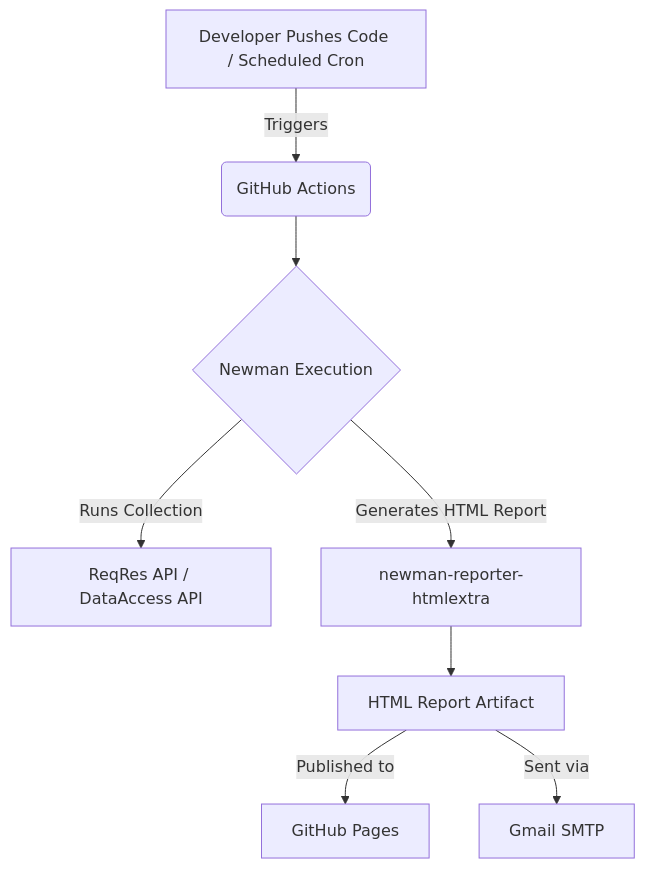
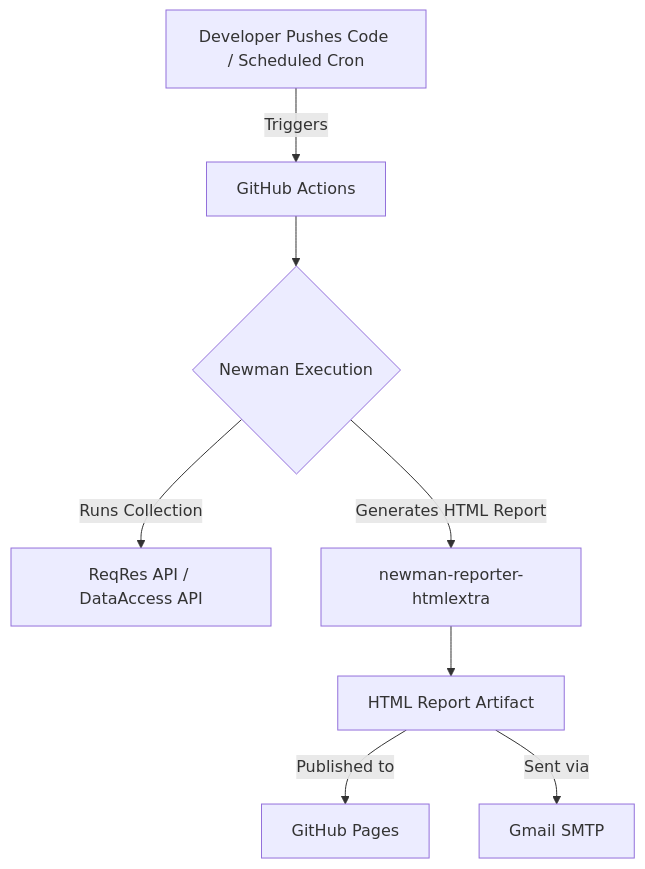
Before and after one commit to Mitesh411/APIwithEnvironmentV: the diagram in API_DOCUMENTATION.md, drawn with Mermaid.

Commit message:
Update mermaid diagram syntax in documentation
@Mitesh411

````diff
--- a/API_DOCUMENTATION.md
+++ b/API_DOCUMENTATION.md
@@ -10,10 +10,13 @@
 ```mermaid
 graph TD
-    A[Developer Pushes Code / Scheduled Cron] -->|Triggers| B(GitHub Actions)
-    B --> C{Newman Execution}
-    C -->|Runs Collection| D[ReqRes API / DataAccess API]
-    C -->|Generates HTML Report| E[newman-reporter-htmlextra]
-    E --> F[HTML Report Artifact]
-    F -->|Published to| G[GitHub Pages]
-    F -->|Sent via| H[Gmail SMTP]
+    A["Developer Pushes Code / Scheduled Cron"] -->|Triggers| B["GitHub Actions"]
+    B --> C{"Newman Execution"}
+
+    C -->|Runs Collection| D["ReqRes API / DataAccess API"]
+    C -->|Generates HTML Report| E["newman-reporter-htmlextra"]
+
+    E --> F["HTML Report Artifact"]
+
+    F -->|Published to| G["GitHub Pages"]
+    F -->|Sent via| H["Gmail SMTP"]
 ```
````
